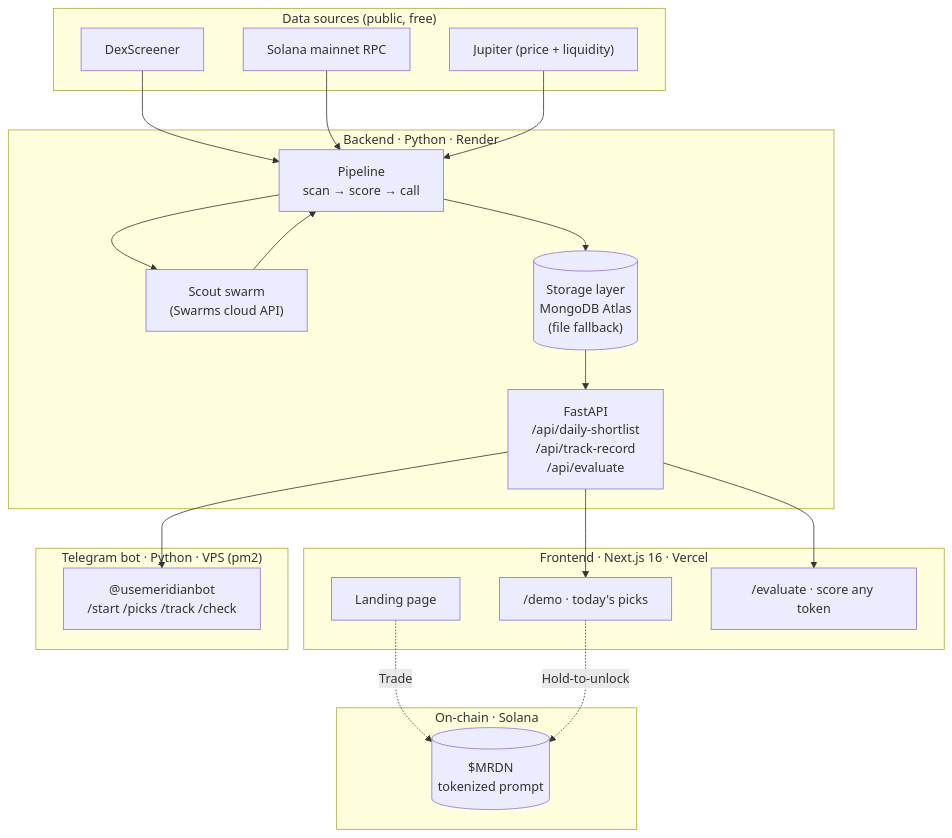
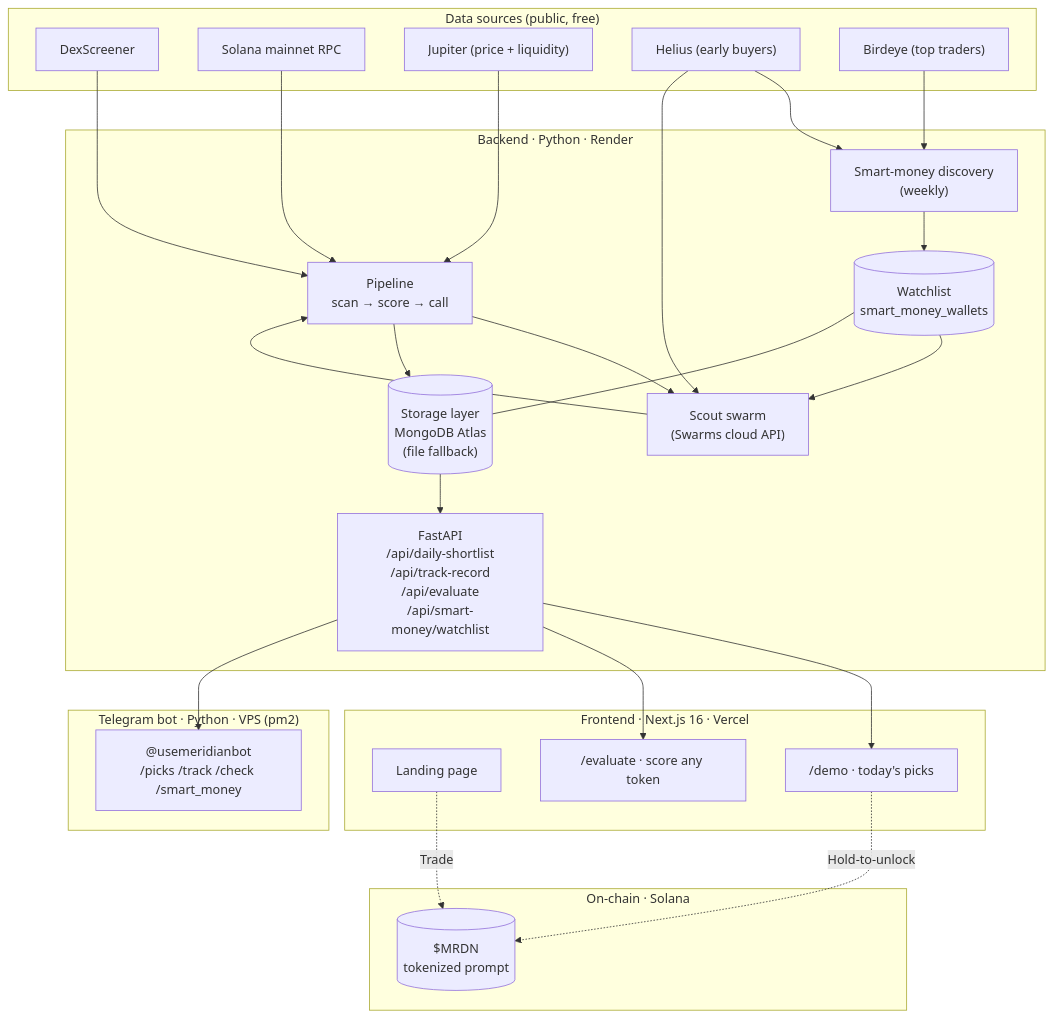
Before and after one commit to Enoch208/docs: the diagram in architecture.mdx, drawn with Mermaid. The commit also changed other lines of this file and 4 other files, not shown here.

First line of the commit message:
docs: smart-money goes live (v1.5 → v1) + new deep-dive page

````diff
--- a/architecture.mdx
+++ b/architecture.mdx
@@ -10,41 +10,51 @@
 ```mermaid
 flowchart TB
     subgraph SRC["Data sources (public, free)"]
         DS["DexScreener"]
         RPC["Solana mainnet RPC"]
         JUP["Jupiter (price + liquidity)"]
+        HEL["Helius (early buyers)"]
+        BIRD["Birdeye (top traders)"]
     end
 
     subgraph BE["Backend · Python · Render"]
         SW["Scout swarm<br/>(Swarms cloud API)"]
         PL["Pipeline<br/>scan → score → call"]
-        API["FastAPI<br/>/api/daily-shortlist<br/>/api/track-record<br/>/api/evaluate"]
+        SMD["Smart-money discovery<br/>(weekly)"]
+        WL[("Watchlist<br/>smart_money_wallets")]
+        API["FastAPI<br/>/api/daily-shortlist<br/>/api/track-record<br/>/api/evaluate<br/>/api/smart-money/watchlist"]
         STO[("Storage layer<br/>MongoDB Atlas<br/>(file fallback)")]
     end
 
     subgraph FE["Frontend · Next.js 16 · Vercel"]
         LAND["Landing page"]
         DEMO["/demo · today's picks"]
         EVAL["/evaluate · score any token"]
     end
 
     subgraph CL["Telegram bot · Python · VPS (pm2)"]
-        BOT["@usemeridianbot<br/>/start /picks /track /check"]
+        BOT["@usemeridianbot<br/>/picks /track /check /smart_money"]
     end
 
     subgraph CHAIN["On-chain · Solana"]
         MRDN[("$MRDN<br/>tokenized prompt")]
     end
 
     DS --> PL
     RPC --> PL
     JUP --> PL
+    HEL --> SMD
+    HEL --> SW
+    BIRD --> SMD
+    SMD --> WL
+    WL --> SW
     PL --> SW --> PL
     PL --> STO
+    WL --- STO
     STO --> API
     API --> DEMO
     API --> EVAL
     API --> BOT
     LAND -.->|"Trade"| MRDN
     DEMO -.->|"Hold-to-unlock"| MRDN
 ```
````
